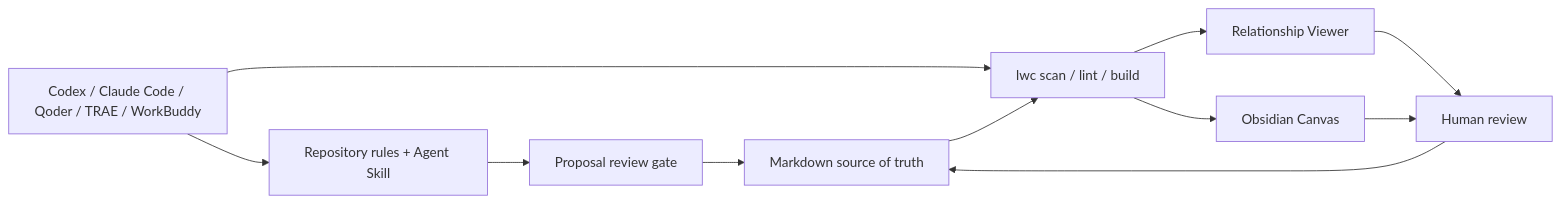
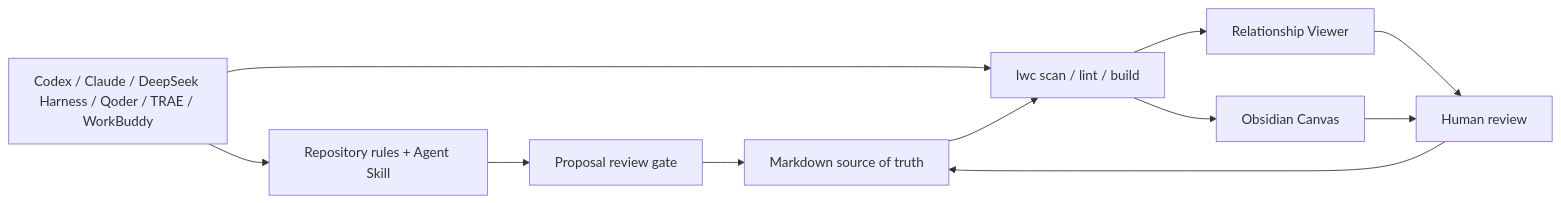
The diagram in docs/ai-agents.md (chicogong/llm-wiki-canvas), drawn with Mermaid before and after one commit. The commit also changed other lines of this file and 17 other files, not shown here.

````diff
--- a/docs/ai-agents.md
+++ b/docs/ai-agents.md
@@ -7,13 +7,13 @@
 ```mermaid
 flowchart LR
-  A["Codex / Claude Code / Qoder / TRAE / WorkBuddy"] --> R["Repository rules + Agent Skill"]
+  A["Codex / Claude / DeepSeek Harness / Qoder / TRAE / WorkBuddy"] --> R["Repository rules + Agent Skill"]
   R --> P["Proposal review gate"]
   P --> M["Markdown source of truth"]
   A --> C["lwc scan / lint / build"]
   M --> C
   C --> G["Relationship Viewer"]
   C --> O["Obsidian Canvas"]
   G --> H["Human review"]
   O --> H
   H --> M
 ```
````
